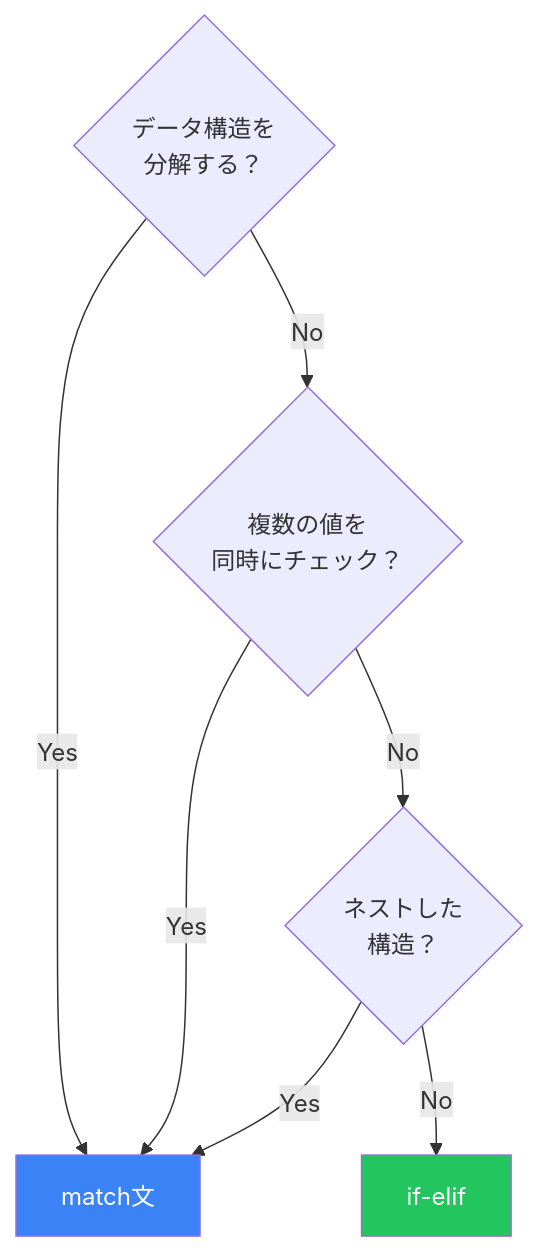
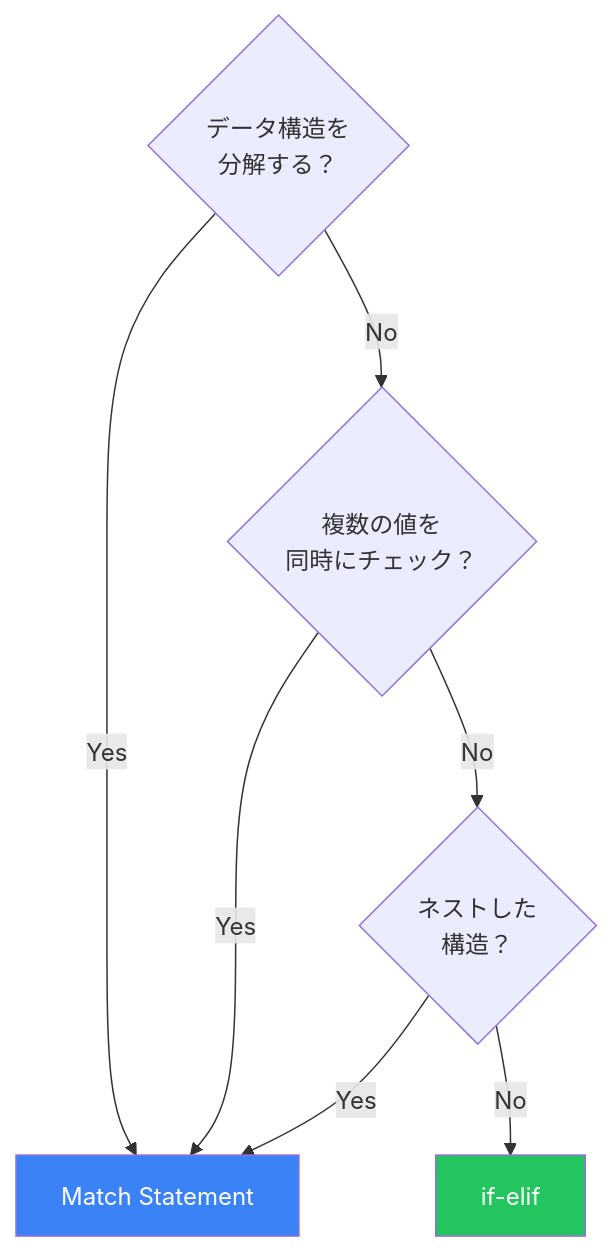
The diagram in content/blog/ja/python-match-statement.md (shunkus/shunku.net), drawn with Mermaid before and after one commit. The commit also changed other lines of this file and 56 other files, not shown here.

````diff
--- a/content/blog/ja/python-match-statement.md
+++ b/content/blog/ja/python-match-statement.md
@@ -390,16 +390,16 @@
 ```mermaid
 flowchart TD
     Q1{"データ構造を<br/>分解する？"}
     Q2{"複数の値を<br/>同時にチェック？"}
     Q3{"ネストした<br/>構造？"}
 
-    Q1 -->|Yes| Match["match文"]
+    Q1 -->|Yes| Match["Match Statement"]
     Q1 -->|No| Q2
     Q2 -->|Yes| Match
     Q2 -->|No| Q3
     Q3 -->|Yes| Match
     Q3 -->|No| IfElif["if-elif"]
 
     style Match fill:#3b82f6,color:#fff
     style IfElif fill:#22c55e,color:#fff
 ```
````
